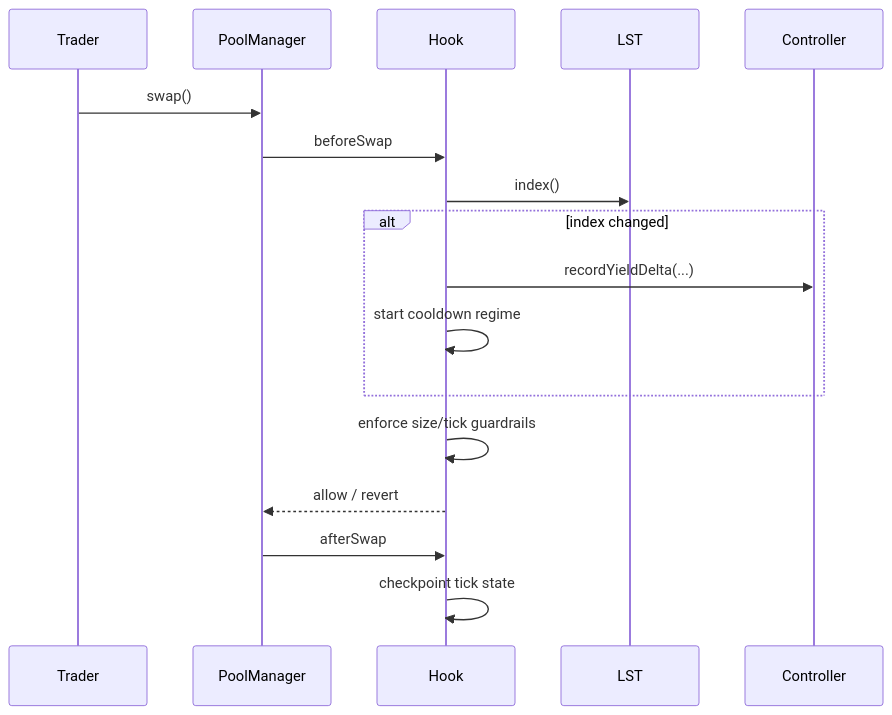
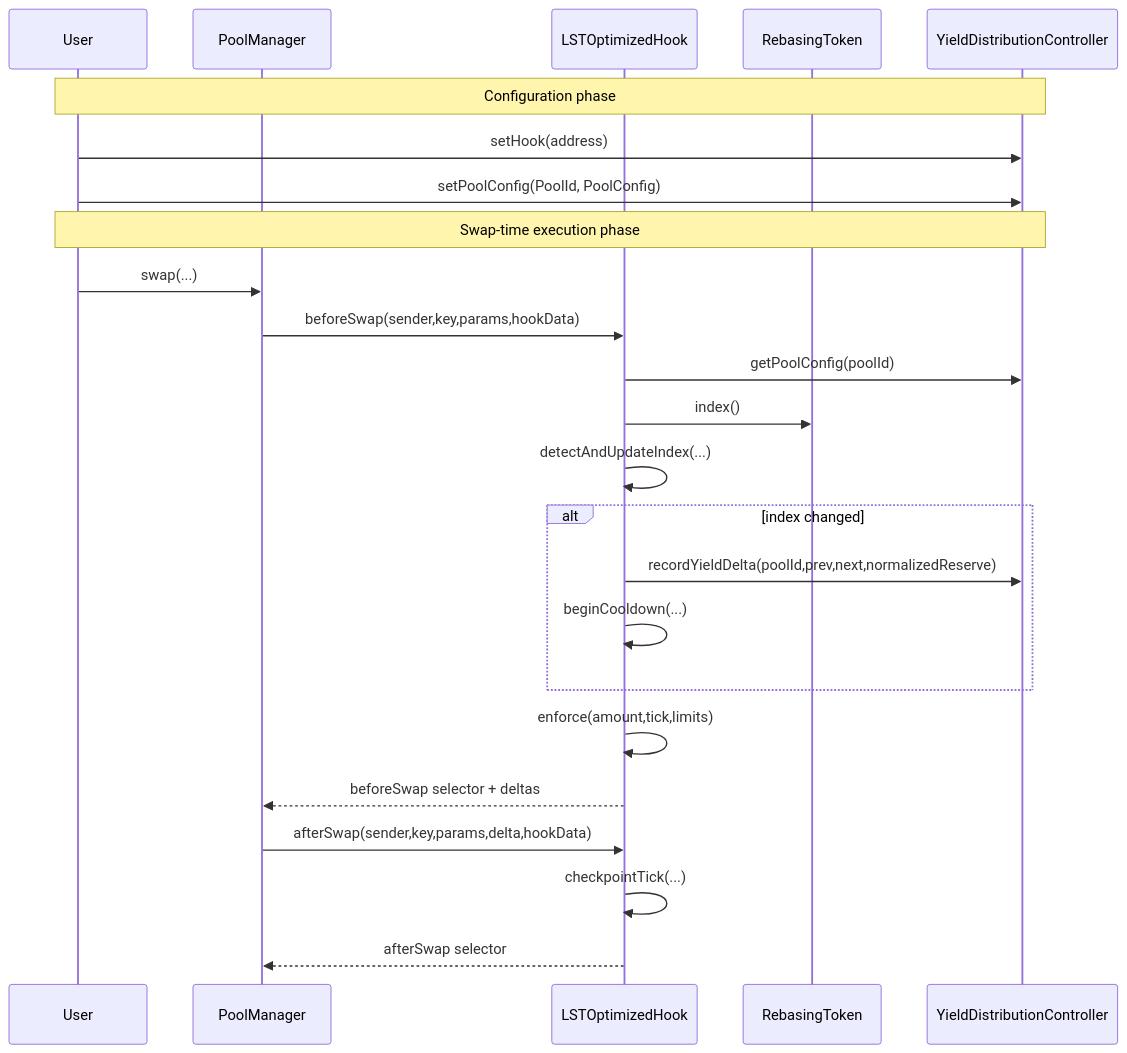
The third of 3 diagrams in README.md (Kingg-titan/lst-optimized-hook-suite), drawn with Mermaid before and after one commit. The commit also changed other lines of this file and 5 other files, not shown here.

````diff
--- a/README.md
+++ b/README.md
@@ -48,20 +112,28 @@
 ```mermaid
 sequenceDiagram
-  participant Trader
+  participant User
   participant PoolManager
-  participant Hook
-  participant LST
-  participant Controller
+  participant Hook as LSTOptimizedHook
+  participant Token as RebasingToken
+  participant Controller as YieldDistributionController
 
-  Trader->>PoolManager: swap()
-  PoolManager->>Hook: beforeSwap
-  Hook->>LST: index()
+  Note over User,Controller: Configuration phase
+  User->>Controller: setHook(address)
+  User->>Controller: setPoolConfig(PoolId, PoolConfig)
+
+  Note over User,Controller: Swap-time execution phase
+  User->>PoolManager: swap(...)
+  PoolManager->>Hook: beforeSwap(sender,key,params,hookData)
+  Hook->>Controller: getPoolConfig(poolId)
+  Hook->>Token: index()
+  Hook->>Hook: detectAndUpdateIndex(...)
   alt index changed
-    Hook->>Controller: recordYieldDelta(...)
-    Hook->>Hook: start cooldown regime
+    Hook->>Controller: recordYieldDelta(poolId,prev,next,normalizedReserve)
+    Hook->>Hook: beginCooldown(...)
   end
-  Hook->>Hook: enforce size/tick guardrails
-  Hook-->>PoolManager: allow / revert
-  PoolManager->>Hook: afterSwap
-  Hook->>Hook: checkpoint tick state
+  Hook->>Hook: enforce(amount,tick,limits)
+  Hook-->>PoolManager: beforeSwap selector + deltas
+  PoolManager->>Hook: afterSwap(sender,key,params,delta,hookData)
+  Hook->>Hook: checkpointTick(...)
+  Hook-->>PoolManager: afterSwap selector
 ```
````
